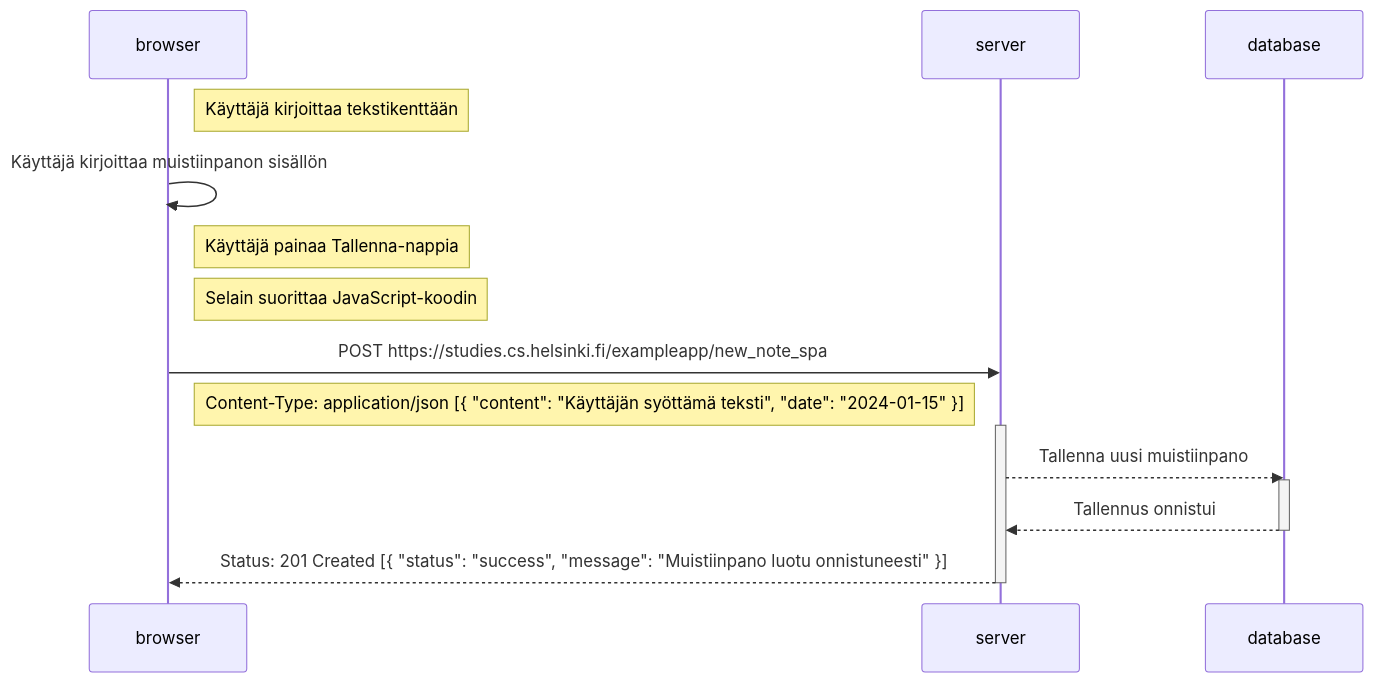
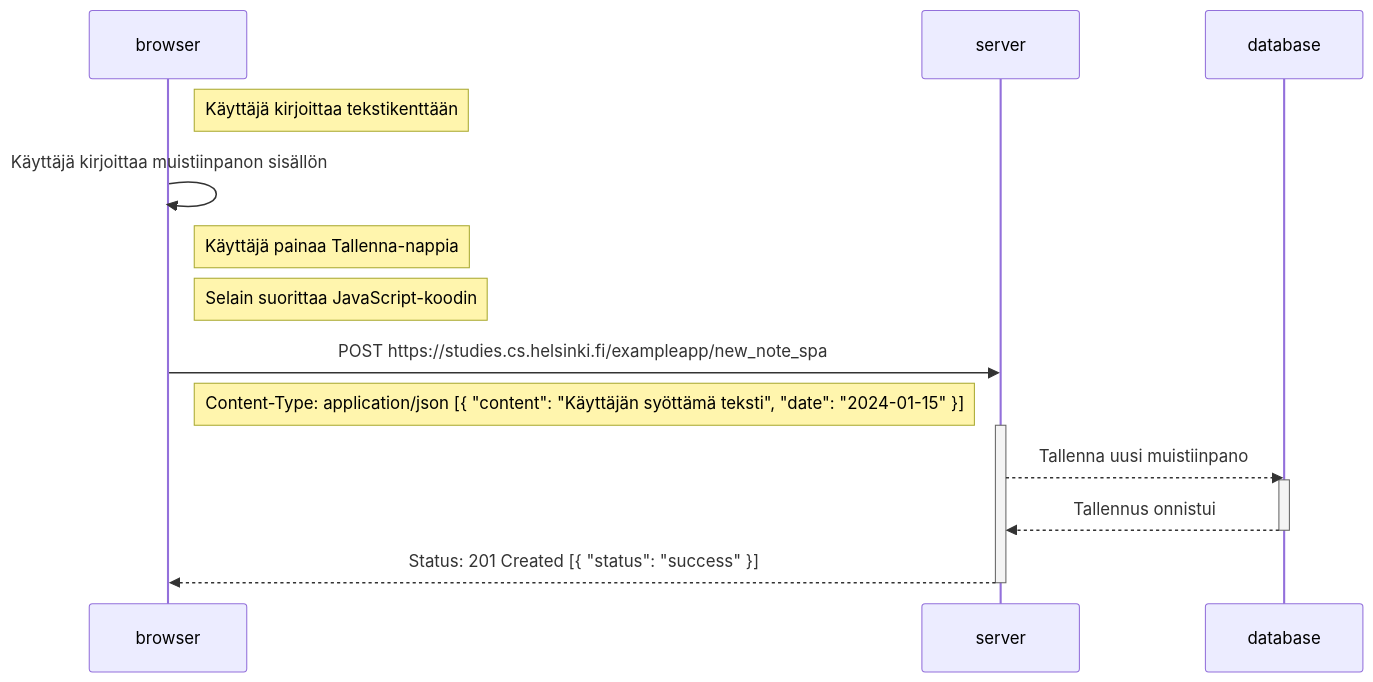
Before and after one commit to JenniAlarakkola/Viikko0webohjelmointi: the diagram in 0.6: Uusi muistiinpano.md, drawn with Mermaid.

Commit message:
Update 0.6: Uusi muistiinpano.md

````diff
--- a/0.6: Uusi muistiinpano.md
+++ b/0.6: Uusi muistiinpano.md
@@ -1,24 +1,24 @@
 ```mermaid
 sequenceDiagram
     participant browser
     participant server
     participant database
     
     Note right of browser: Käyttäjä kirjoittaa tekstikenttään
     
     browser->>browser: Käyttäjä kirjoittaa muistiinpanon sisällön
     
     Note right of browser: Käyttäjä painaa Tallenna-nappia
     
     Note right of browser: Selain suorittaa JavaScript-koodin
     browser->>server: POST https://studies.cs.helsinki.fi/exampleapp/new_note_spa
     Note right of browser: Content-Type: application/json [{ "content": "Käyttäjän syöttämä teksti", "date": "2024-01-15" }]
 
     activate server
     server-->>database: Tallenna uusi muistiinpano
     activate database
     database-->>server: Tallennus onnistui
     deactivate database
-    server-->>browser: Status: 201 Created [{ "status": "success", "message": "Muistiinpano luotu onnistuneesti" }]
+    server-->>browser: Status: 201 Created [{ "status": "success" }]
     deactivate server
 ```
````
